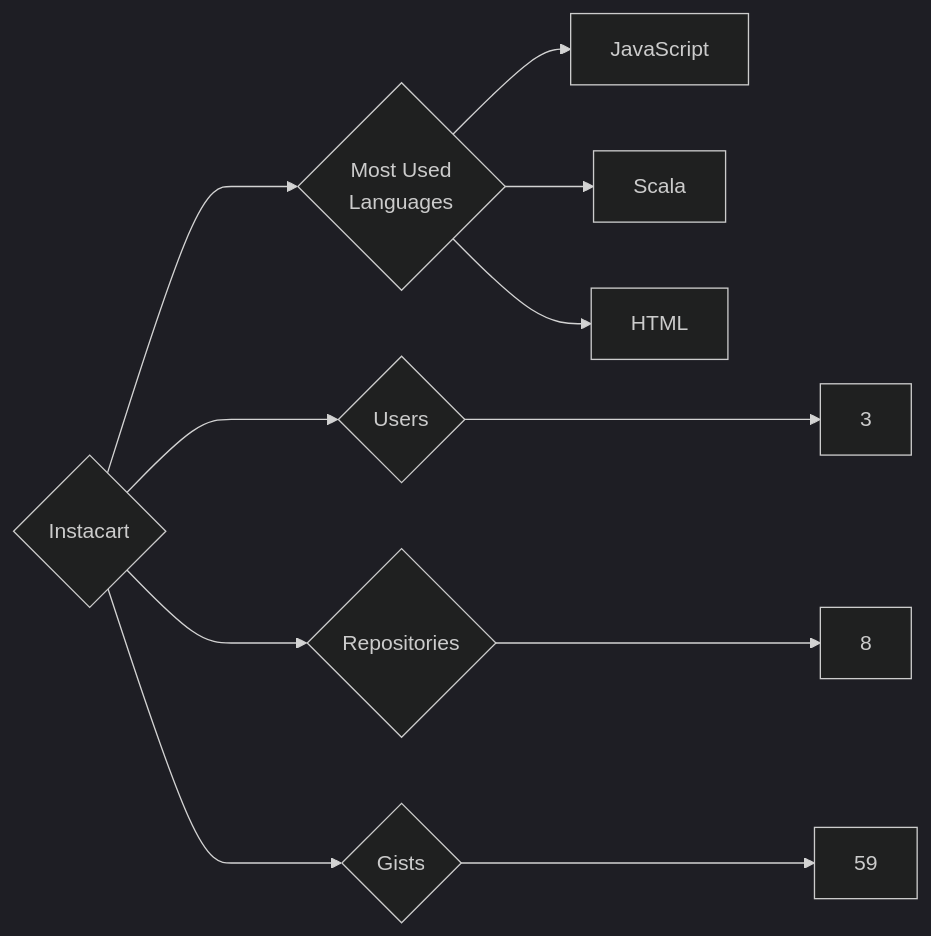
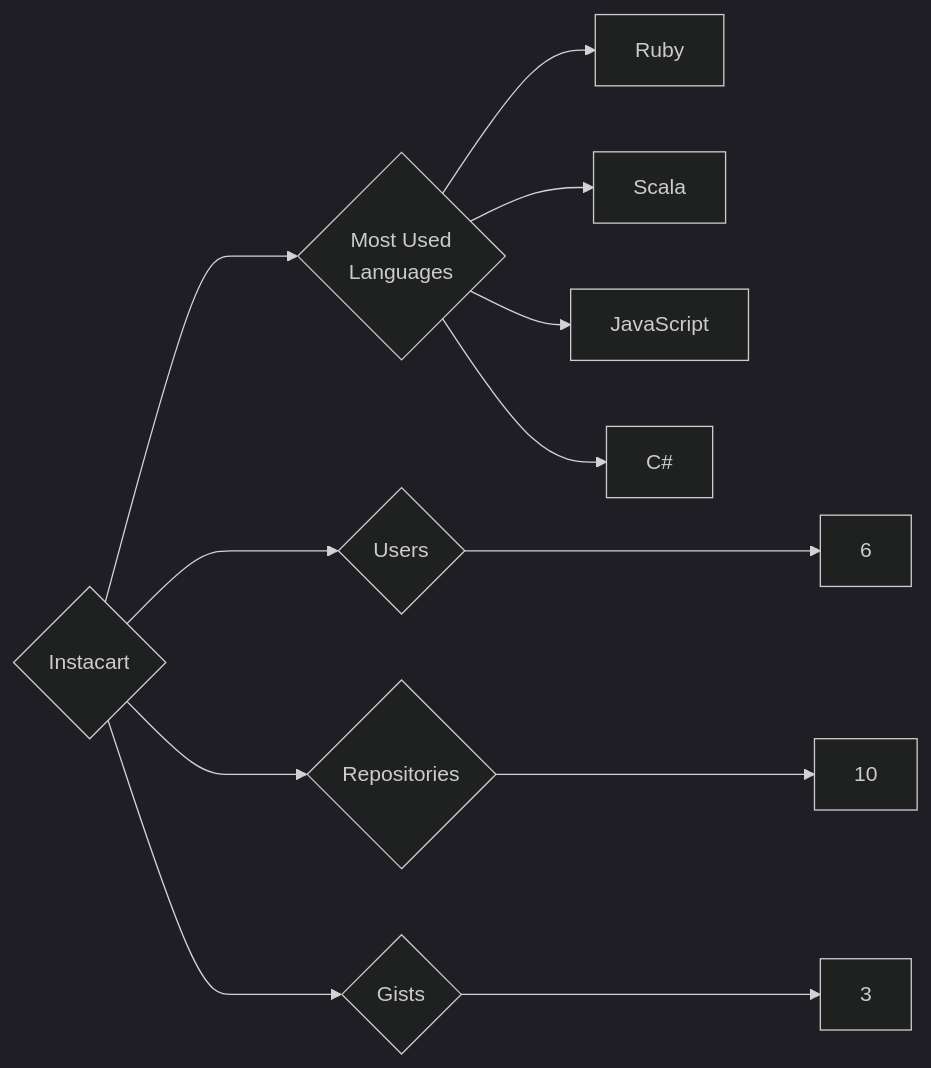
One commit to trickest/insiders changed the diagram in targets/Instacart/README.md. Above: the diagram before and after it, drawn with Mermaid (dark theme). The commit also changed 1055 other files, not shown here.

````diff
--- a/targets/Instacart/README.md
+++ b/targets/Instacart/README.md
@@ -3,11 +3,12 @@
 ```mermaid
 graph LR
 COMPANY_NAME{Instacart}
-COMPANY_NAME ---> U{Users} ---> UN[3]
-COMPANY_NAME ---> R{Repositories} ---> RN[8]
-COMPANY_NAME ---> G{Gists} ---> GN[59]
+COMPANY_NAME ---> U{Users} ---> UN[6]
+COMPANY_NAME ---> R{Repositories} ---> RN[10]
+COMPANY_NAME ---> G{Gists} ---> GN[3]
 COMPANY_NAME ---> ML{Most Used<br>Languages}
+ML --> Ruby[Ruby]
+ML --> Scala[Scala]
 ML --> JavaScript[JavaScript]
-ML --> Scala[Scala]
-ML --> HTML[HTML]
+ML --> C#[C#]
 ```
````
